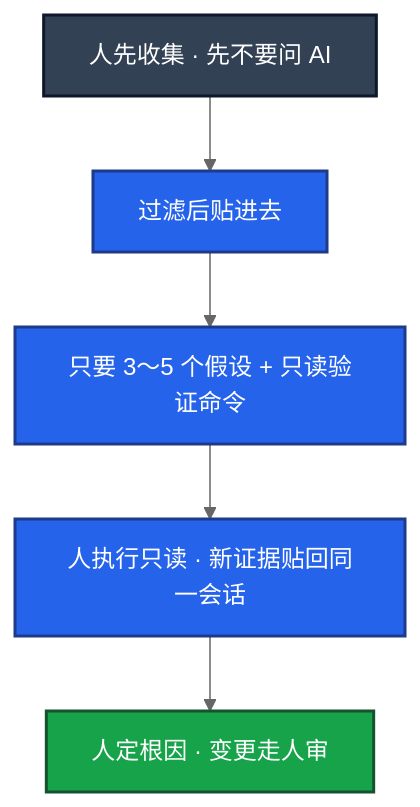
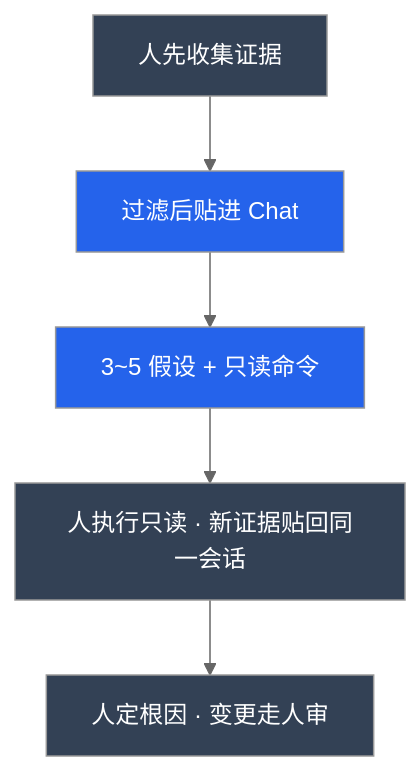
Before and after one commit to ml-cuizijun/LearnToLilith: the fourth of 4 diagrams in 09-AI与智能运维/07-AI工具实战与Vibe-Coding/知识点.md, drawn with Mermaid (neutral theme). The commit also changed other lines of this file and 213 other files, not shown here.

````diff
--- a/09-AI与智能运维/07-AI工具实战与Vibe-Coding/知识点.md
+++ b/09-AI与智能运维/07-AI工具实战与Vibe-Coding/知识点.md
@@ -271,14 +237,13 @@
 ```mermaid
 flowchart TB
-    A[人先收集 · 先不要问 AI] --> B[过滤后贴进去]
-    B --> C[只要 3～5 个假设 + 只读验证命令]
-    C --> D[人执行只读 · 新证据贴回同一会话]
-    D --> E[人定根因 · 变更走人审]
+    classDef human fill:#334155,color:#fff
+    classDef ai fill:#2563EB,color:#fff
 
-    classDef a fill:#334155,stroke:#0F172A,stroke-width:2px,color:#fff
-    classDef b fill:#2563EB,stroke:#1E3A8A,stroke-width:2px,color:#fff
-    classDef ok fill:#16A34A,stroke:#14532D,stroke-width:2px,color:#fff
-    class A a
-    class B,C,D b
-    class E ok
+    A["人先收集证据"]:::human
+    B["过滤后贴进 Chat"]:::ai
+    C["3~5 假设 + 只读命令"]:::ai
+    D["人执行只读 · 新证据贴回同一会话"]:::human
+    E["人定根因 · 变更走人审"]:::human
+
+    A --> B --> C --> D --> E
 ```
````
